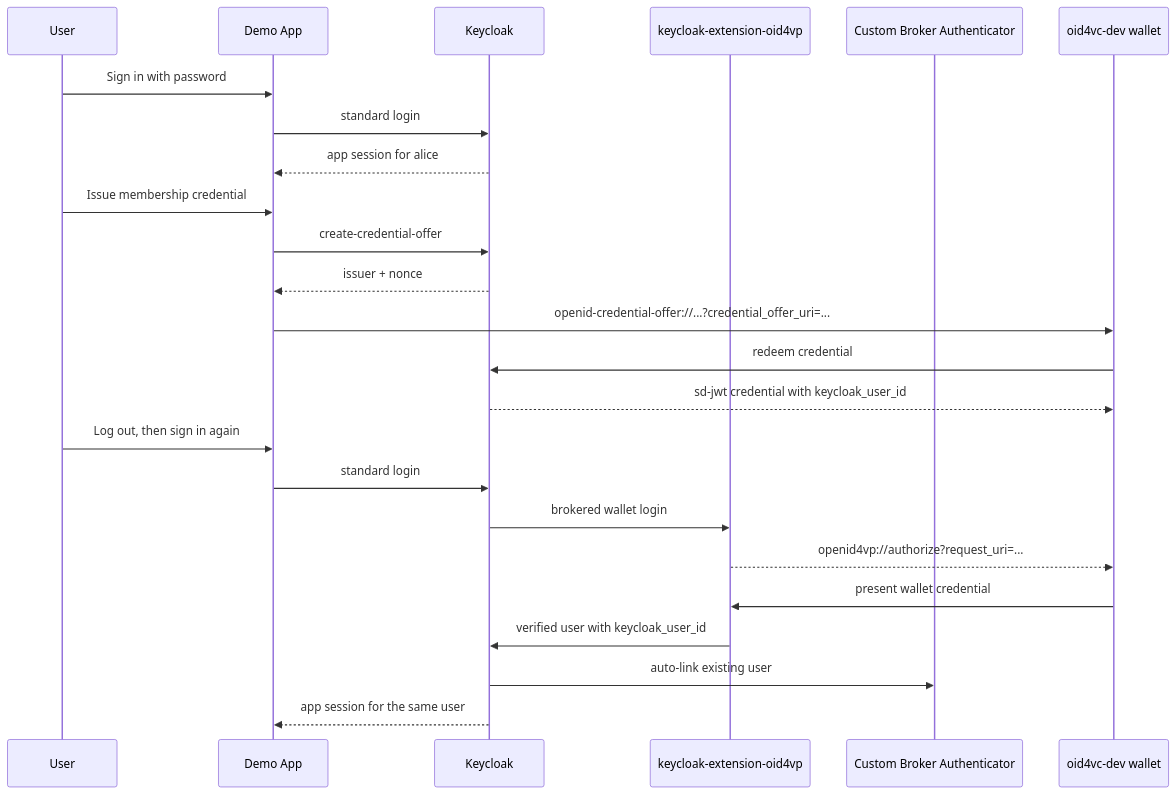
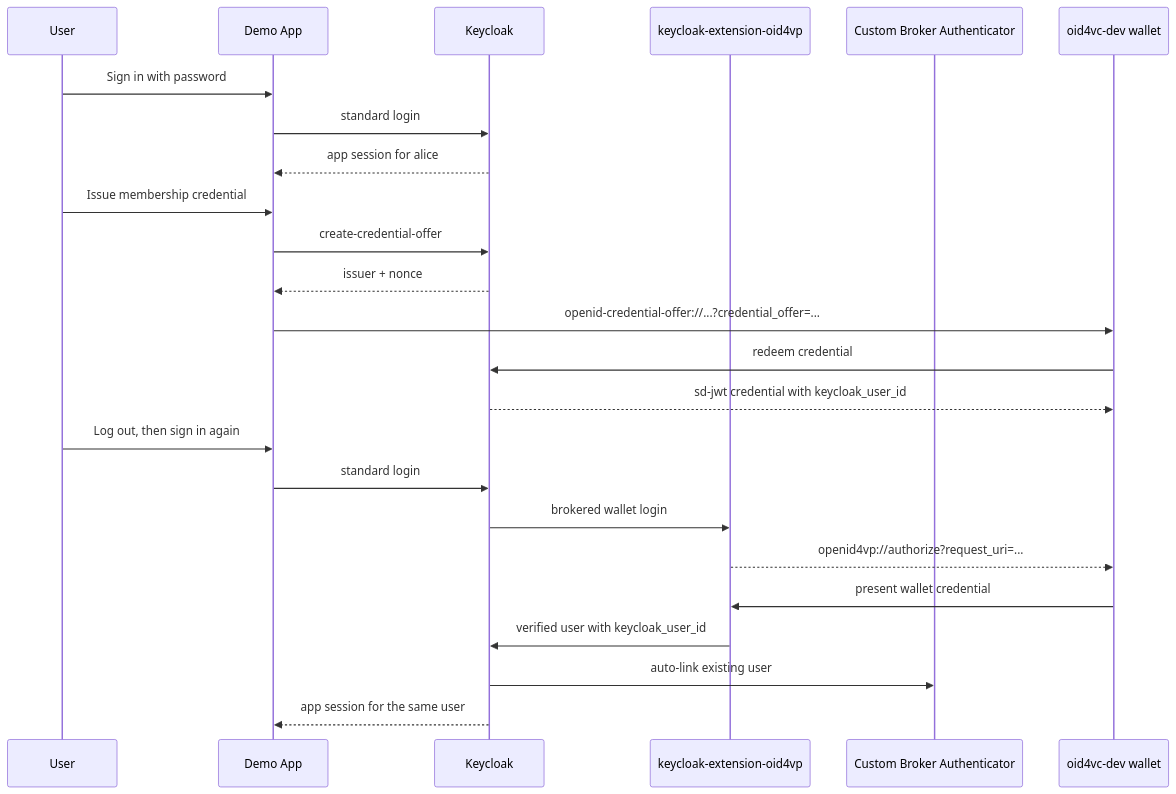
The first of 3 diagrams in examples/keycloak-issuer-verifier-app/README.md (dominikschlosser/ssi-debugger), drawn with Mermaid before and after one commit. The commit also changed other lines of this file and 23 other files, not shown here.

````diff
--- a/examples/keycloak-issuer-verifier-app/README.md
+++ b/examples/keycloak-issuer-verifier-app/README.md
@@ -25,28 +25,28 @@
 ```mermaid
 sequenceDiagram
     participant U as User
     participant APP as Demo App
     participant KC as Keycloak
     participant EXT as keycloak-extension-oid4vp
     participant BROKER as Custom Broker Authenticator
     participant W as oid4vc-dev wallet
 
     U->>APP: Sign in with password
     APP->>KC: standard login
     KC-->>APP: app session for alice
     U->>APP: Issue membership credential
     APP->>KC: create-credential-offer
     KC-->>APP: issuer + nonce
-    APP->>W: openid-credential-offer://...?credential_offer_uri=...
+    APP->>W: openid-credential-offer://...?credential_offer=...
     W->>KC: redeem credential
     KC-->>W: sd-jwt credential with keycloak_user_id
 
     U->>APP: Log out, then sign in again
     APP->>KC: standard login
     KC->>EXT: brokered wallet login
     EXT-->>W: openid4vp://authorize?request_uri=...
     W->>EXT: present wallet credential
     EXT->>KC: verified user with keycloak_user_id
     KC->>BROKER: auto-link existing user
     KC-->>APP: app session for the same user
 ```
````
